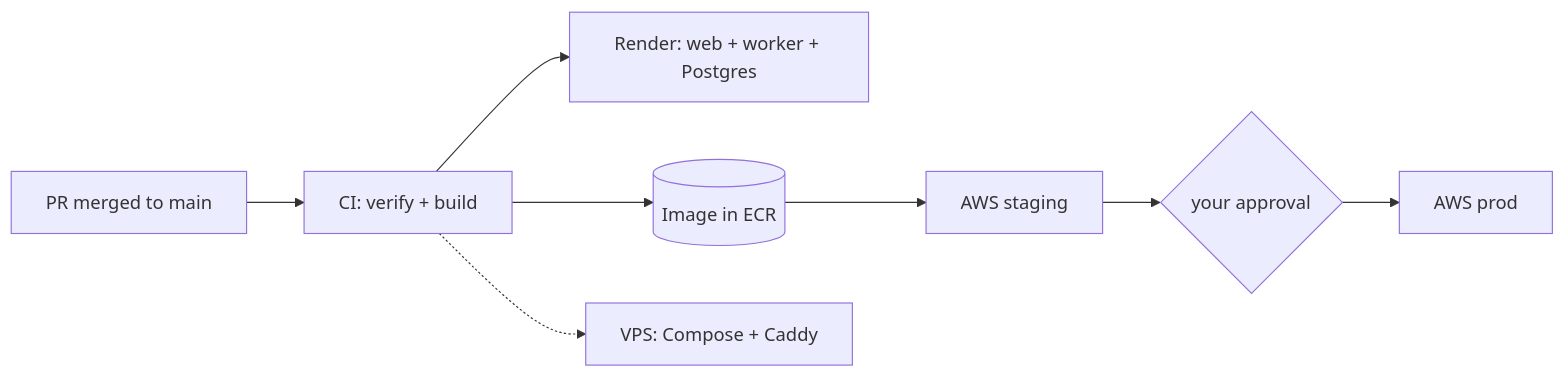
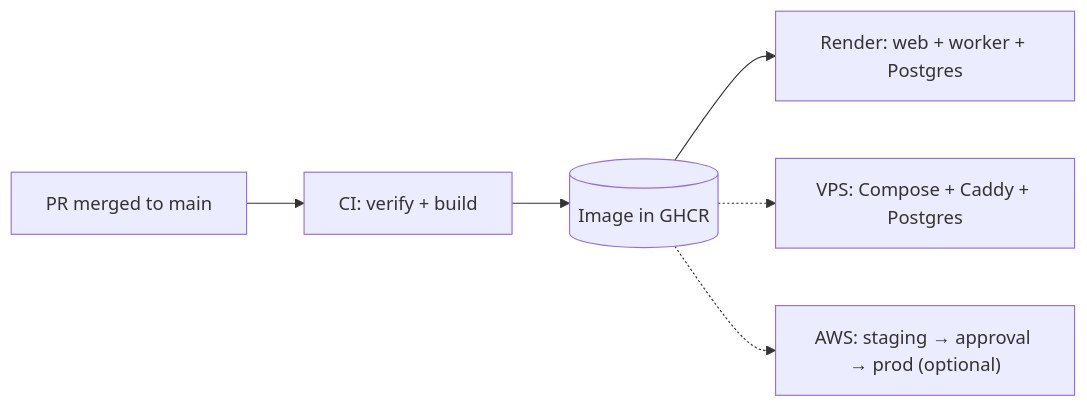
Before and after one commit to hinoahlee/launchpad: the first of 3 diagrams in docs/roadmap/README.md, drawn with Mermaid. The commit also changed other lines of this file and 29 other files, not shown here.

First line of the commit message:
docs: Render paid + GHCR + GitHub deploys; VPS next, AWS optional (decision 004) (#23)

````diff
--- a/docs/roadmap/README.md
+++ b/docs/roadmap/README.md
@@ -56,8 +58,8 @@
 ```mermaid
 flowchart LR
   pr["PR merged to main"] --> ci["CI: verify + build"]
-  ci --> render["Render: web + worker + Postgres"]
-  ci --> ecr[("Image in ECR")]
-  ecr --> stg["AWS staging"] --> ok{"your approval"} --> prod["AWS prod"]
-  ci -.-> vps["VPS: Compose + Caddy"]
+  ci --> reg[("Image in GHCR")]
+  reg --> render["Render: web + worker + Postgres"]
+  reg -.-> vps["VPS: Compose + Caddy + Postgres"]
+  reg -.-> aws["AWS: staging → approval → prod (optional)"]
 ```
````
